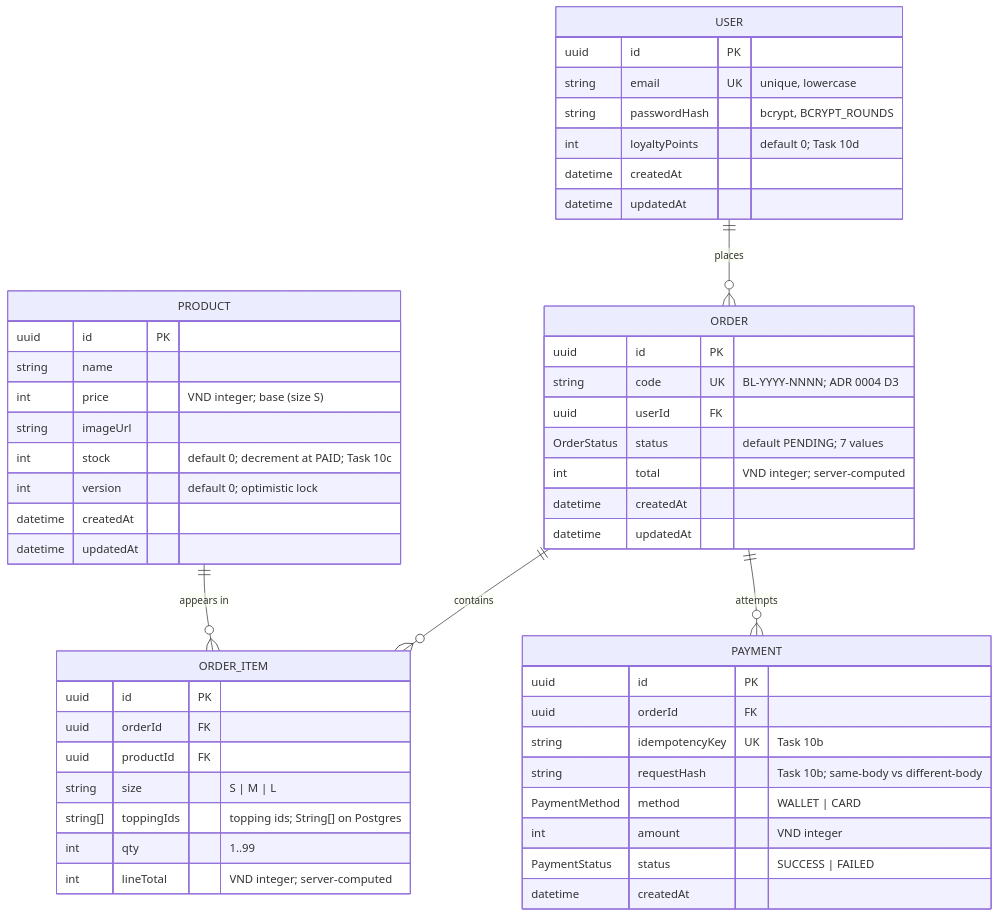
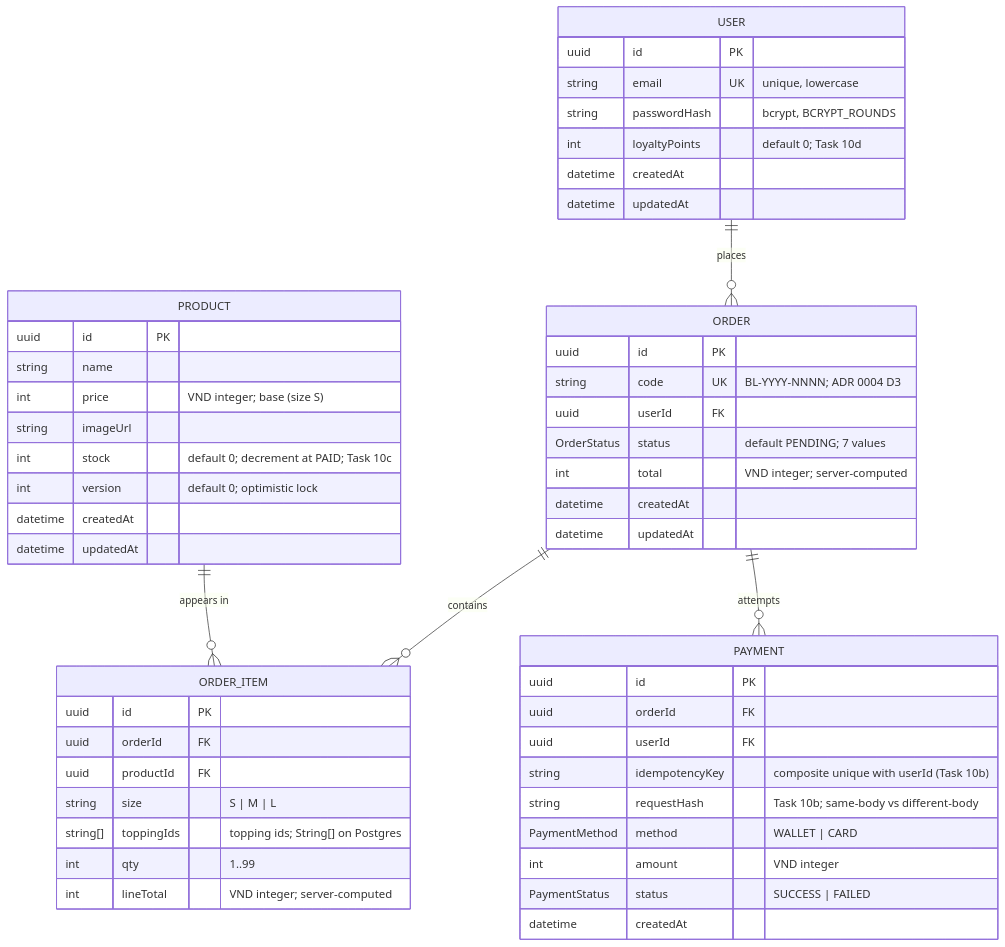
One commit to Nghiaphan123/BrewLite_Cof changed the diagram in docs/diagrams/erd/erd-core-v1.mmd. Above: the diagram before and after it, drawn with Mermaid. The commit also changed 8 other files, not shown here.

```diff
--- a/docs/diagrams/erd/erd-core-v1.mmd
+++ b/docs/diagrams/erd/erd-core-v1.mmd
@@ -1,79 +1,84 @@
-%% --- BrewLite - Core ERD (Task 1.0) ---
+%% --- BrewLite - Core ERD (Task 1.0, updated Task 10) ---
 %% Owner: H.Tài (backup: Nghĩa)
-%% Status: Accepted 2026-10-22
+%% Status: Accepted 2026-10-22, updated Task 10
 %% Related: ADR 0003 (D-ERD-scope), ADR 0004 (D1, D4, D5, D7)
 %% .
 %% Scope: five MVP entities with Task 10's columns included (ADR 0003 D-ERD-scope).
 %% Deferred (new tables): Promotion (Phase 5), LoyaltyLedger (Phase 2+),
 %% OrderItemTopping join table (Phase 2+).
+%% .
+%% Removed (Task 10): Order.stockHeld, Order.expiresAt, LoyaltyTransaction model.
+%% These contradicted ADR 0004 D1 (stock decrements at PAID, not held),
+%% D6 (no auto-cancel cron in Phase 1), and D7 (loyalty points without ledger table).
 %% .
 %% Money: Int, VND, no minor units.
 %% Timestamps: DateTime, ISO 8601 UTC at the API boundary.
 %% IDs: uuid for all primary keys.
 %% .
 %% OrderStatus: PENDING | PAID | PAYMENT_FAILED | PREPARING | READY | COMPLETED | CANCELLED
 %% PaymentMethod: WALLET | CARD
 %% PaymentStatus: SUCCESS | FAILED
 %% .
 %% State machine (ADR 0004): PENDING -> PAID -> PREPARING -> READY -> COMPLETED
 %% PENDING -> PAYMENT_FAILED -> PAID (retry); PENDING -> CANCELLED (explicit).
 %% .
 %% Payment cardinality: Order ||--o{ Payment (many attempts; ADR 0004 D5).
 %% "At most one SUCCESS per order" is a service rule, not a DB constraint.
 
 erDiagram
     USER ||--o{ ORDER : "places"
     ORDER ||--o{ ORDER_ITEM : "contains"
     PRODUCT ||--o{ ORDER_ITEM : "appears in"
     ORDER ||--o{ PAYMENT : "attempts"
 
     USER {
         uuid id PK
         string email UK "unique, lowercase"
         string passwordHash "bcrypt, BCRYPT_ROUNDS"
         int loyaltyPoints "default 0; Task 10d"
         datetime createdAt
         datetime updatedAt
     }
 
     PRODUCT {
         uuid id PK
         string name
         int price "VND integer; base (size S)"
         string imageUrl
         int stock "default 0; decrement at PAID; Task 10c"
         int version "default 0; optimistic lock"
         datetime createdAt
         datetime updatedAt
     }
 
     ORDER {
         uuid id PK
         string code UK "BL-YYYY-NNNN; ADR 0004 D3"
         uuid userId FK
         OrderStatus status "default PENDING; 7 values"
         int total "VND integer; server-computed"
         datetime createdAt
         datetime updatedAt
     }
 
     ORDER_ITEM {
         uuid id PK
         uuid orderId FK
         uuid productId FK
         string size "S | M | L"
         string[] toppingIds "topping ids; String[] on Postgres"
         int qty "1..99"
         int lineTotal "VND integer; server-computed"
     }
 
     PAYMENT {
         uuid id PK
         uuid orderId FK
-        string idempotencyKey UK "Task 10b"
+        uuid userId FK
+        string idempotencyKey "composite unique with userId (Task 10b)"
         string requestHash "Task 10b; same-body vs different-body"
         PaymentMethod method "WALLET | CARD"
         int amount "VND integer"
         PaymentStatus status "SUCCESS | FAILED"
         datetime createdAt
     }
```
